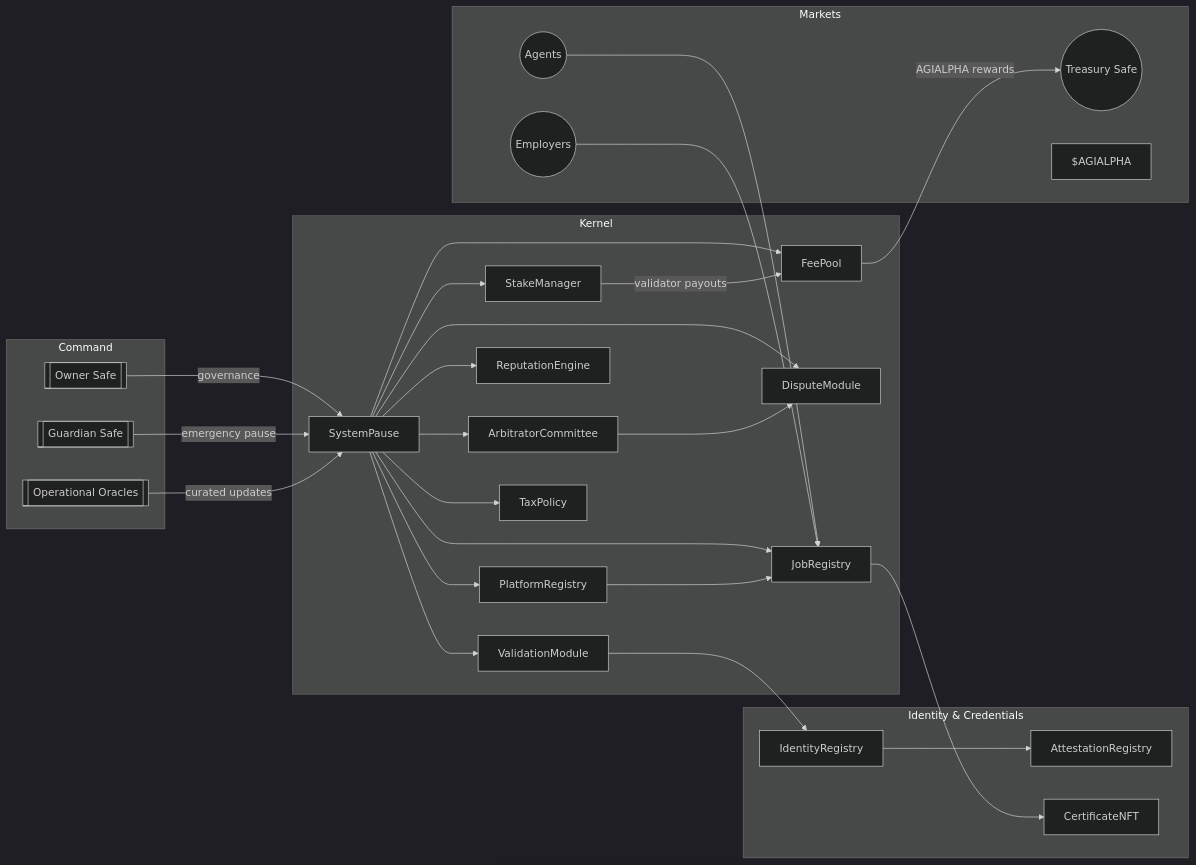
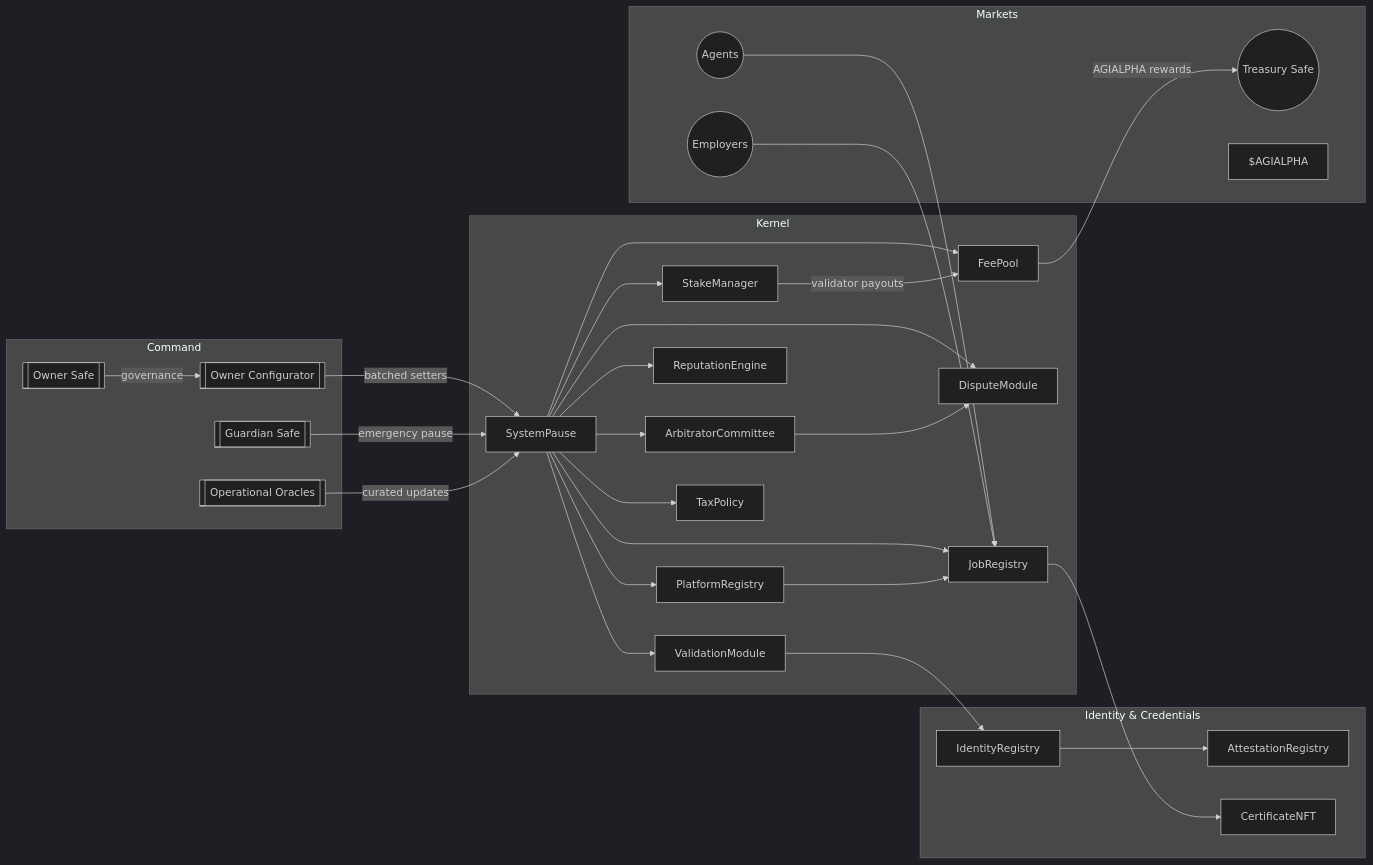
One commit to MontrealAI/agijobs-sovereign-labor-v0p1 changed the second of 4 diagrams in hardhat/README.md. Above: the diagram before and after it, drawn with Mermaid (dark theme). The commit also changed other lines of this file, not shown here.

````diff
--- a/hardhat/README.md
+++ b/hardhat/README.md
@@ -81,45 +84,47 @@
 ```mermaid
 flowchart LR
     subgraph Command
         Owner[[Owner Safe]]
         Guardian[[Guardian Safe]]
         Operators[[Operational Oracles]]
+        Configurator[[Owner Configurator]]
     end
     subgraph Kernel
         Pause[SystemPause]
         Stake[StakeManager]
         Jobs[JobRegistry]
         Valid[ValidationModule]
         Dispute[DisputeModule]
         Platform[PlatformRegistry]
         Reputation[ReputationEngine]
         Committee[ArbitratorCommittee]
         FeePool[FeePool]
         Tax[TaxPolicy]
     end
     subgraph IdentityPlane[Identity & Credentials]
         Identity[IdentityRegistry]
         Attest[AttestationRegistry]
         Cert[CertificateNFT]
     end
     subgraph Markets
         Workers((Agents))
         Employers((Employers))
         Treasury((Treasury Safe))
         Token[$AGIALPHA]
     end
 
-    Owner -->|governance| Pause
+    Owner -->|governance| Configurator
+    Configurator -->|batched setters| Pause
     Guardian -->|emergency pause| Pause
     Operators -->|curated updates| Pause
     Pause --> Jobs & Stake & Valid & Dispute & Platform & FeePool & Reputation & Committee & Tax
     Jobs --> Cert
     Valid --> Identity
     Identity --> Attest
     Platform --> Jobs
     FeePool -->|AGIALPHA rewards| Treasury
     Stake -->|validator payouts| FeePool
     Committee --> Dispute
     Workers --> Jobs
     Employers --> Jobs
 ```
````
